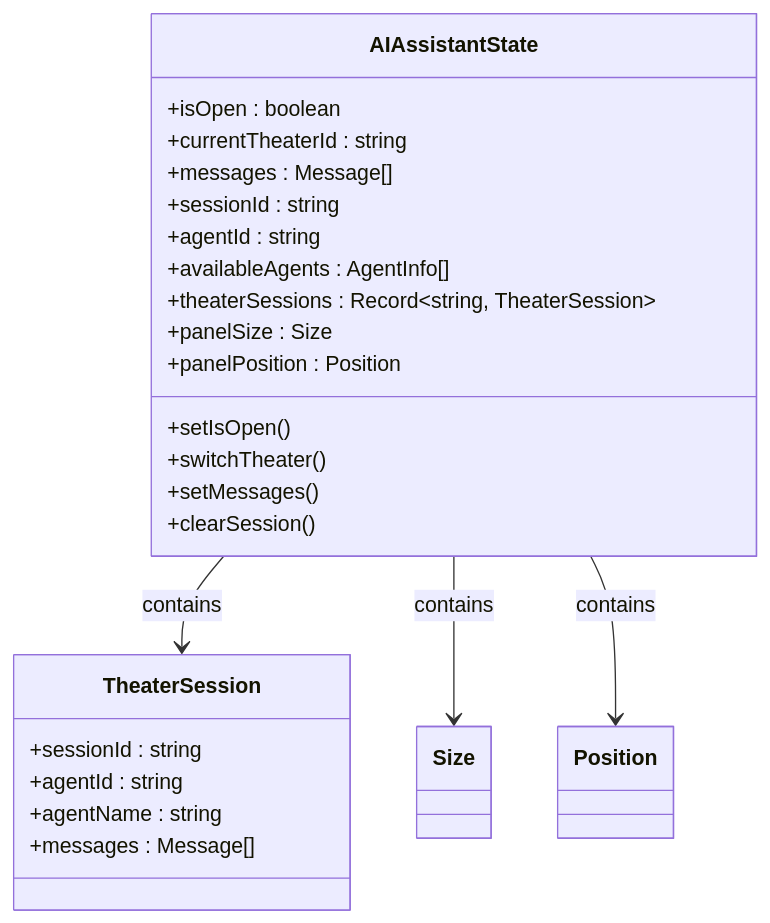
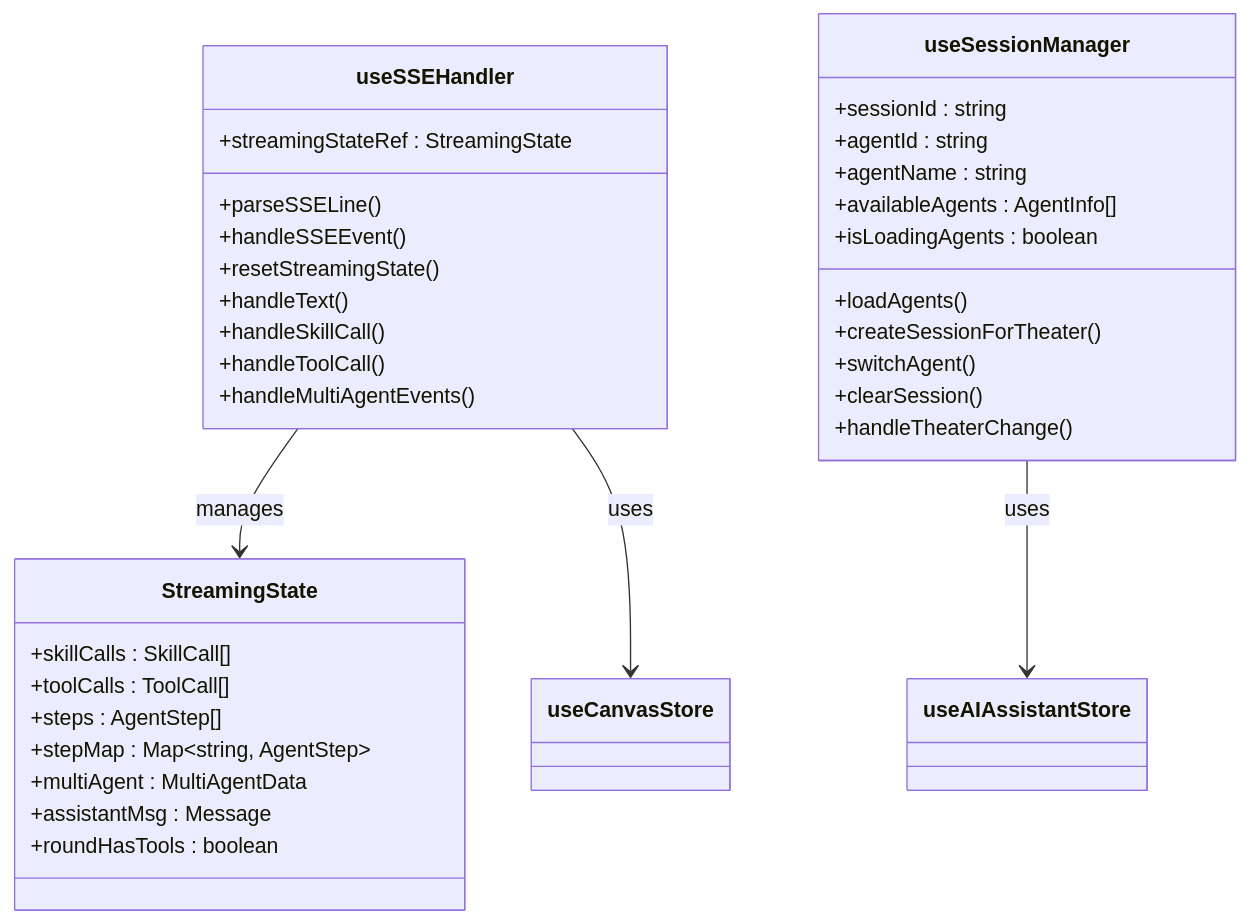
The third of 16 diagrams in .qoder/repowiki/zh/content/前端开发指南/AI助手面板增强.md (KunLabAI/KunFlix), drawn with Mermaid before and after one commit. The commit also changed other lines of this file and 12 other files, not shown here.

````diff
--- a/.qoder/repowiki/zh/content/前端开发指南/AI助手面板增强.md
+++ b/.qoder/repowiki/zh/content/前端开发指南/AI助手面板增强.md
@@ -170,27 +172,37 @@
 ```mermaid
 classDiagram
-class AIAssistantState {
-+isOpen : boolean
-+currentTheaterId : string
-+messages : Message[]
-+sessionId : string
-+agentId : string
-+availableAgents : AgentInfo[]
-+theaterSessions : Record~string, TheaterSession~
-+panelSize : Size
-+panelPosition : Position
-+setIsOpen()
-+switchTheater()
-+setMessages()
-+clearSession()
+class useSSEHandler {
++streamingStateRef : StreamingState
++parseSSELine()
++handleSSEEvent()
++resetStreamingState()
++handleText()
++handleSkillCall()
++handleToolCall()
++handleMultiAgentEvents()
 }
-class TheaterSession {
+class useSessionManager {
 +sessionId : string
 +agentId : string
 +agentName : string
-+messages : Message[]
++availableAgents : AgentInfo[]
++isLoadingAgents : boolean
++loadAgents()
++createSessionForTheater()
++switchAgent()
++clearSession()
++handleTheaterChange()
 }
-AIAssistantState --> TheaterSession : contains
-AIAssistantState --> Size : contains
-AIAssistantState --> Position : contains
+class StreamingState {
++skillCalls : SkillCall[]
++toolCalls : ToolCall[]
++steps : AgentStep[]
++stepMap : Map~string, AgentStep~
++multiAgent : MultiAgentData
++assistantMsg : Message
++roundHasTools : boolean
+}
+useSSEHandler --> StreamingState : manages
+useSessionManager --> useAIAssistantStore : uses
+useSSEHandler --> useCanvasStore : uses
 ```
````
